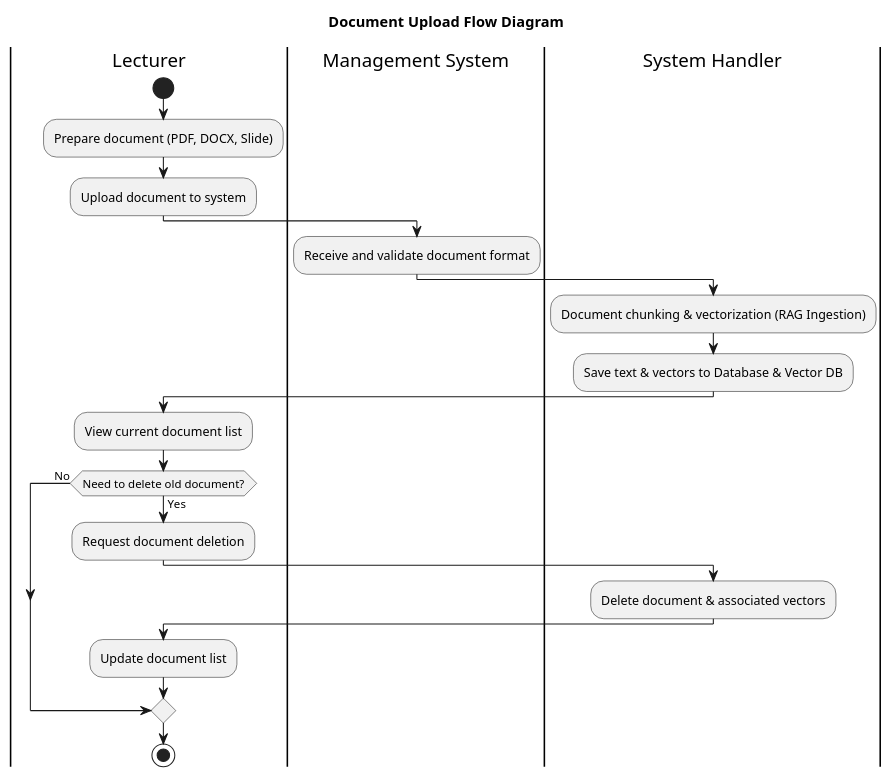
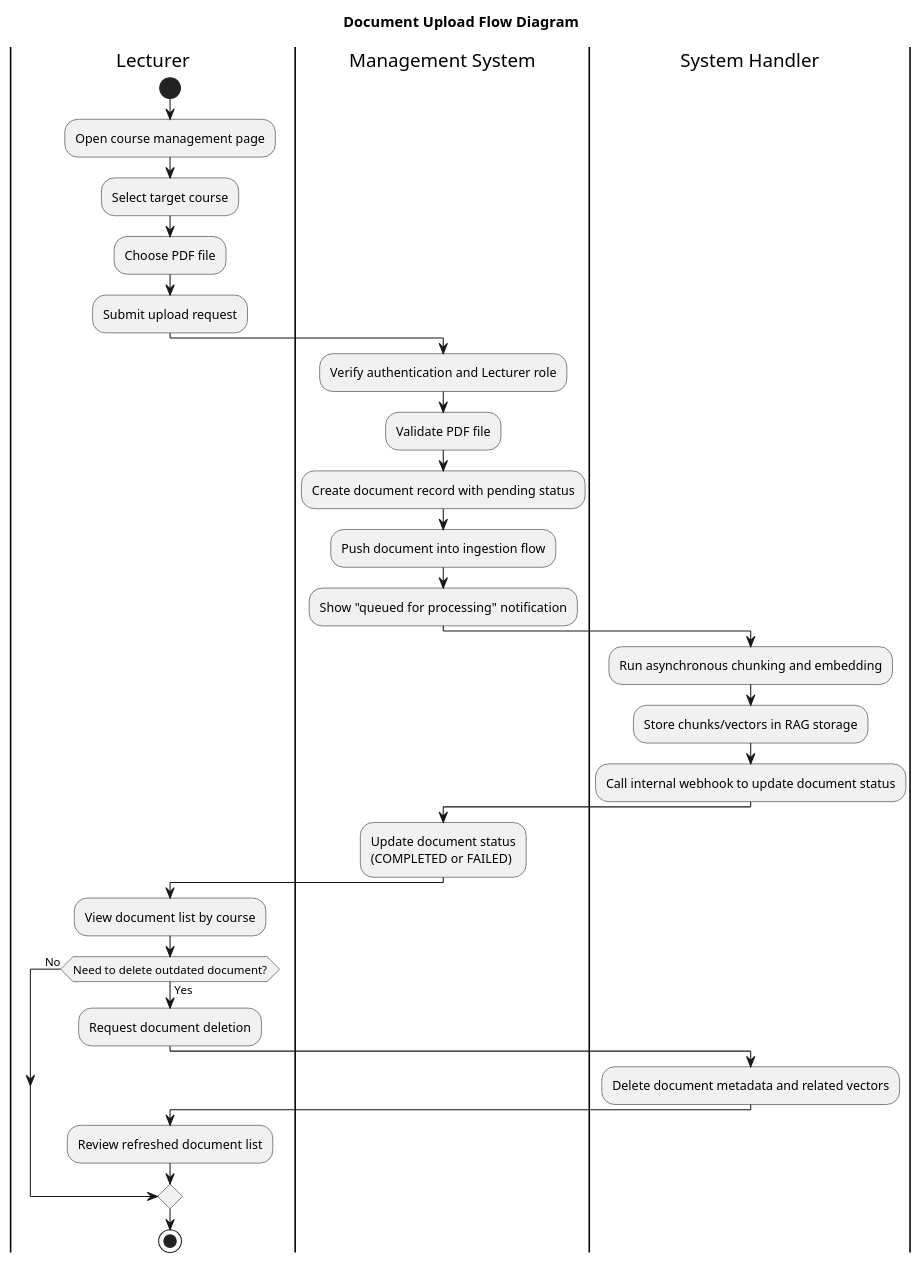
One commit to lgdlong/chatbot-rag-fptu changed the diagram in docs/srs/flow-document-upload.en.puml. Above: the diagram before and after it, drawn with PlantUML. The commit also changed 19 other files, not shown here.

```diff
--- a/docs/srs/flow-document-upload.en.puml
+++ b/docs/srs/flow-document-upload.en.puml
@@ -1,28 +1,38 @@
 @startuml
 title Document Upload Flow Diagram
 
 |Lecturer|
 start
-:Prepare document (PDF, DOCX, Slide);
-:Upload document to system;
+:Open course management page;
+:Select target course;
+:Choose PDF file;
+:Submit upload request;
 
 |Management System|
-:Receive and validate document format;
+:Verify authentication and Lecturer role;
+:Validate PDF file;
+:Create document record with pending status;
+:Push document into ingestion flow;
+:Show "queued for processing" notification;
 
 |System Handler|
-:Document chunking & vectorization (RAG Ingestion);
-:Save text & vectors to Database & Vector DB;
+:Run asynchronous chunking and embedding;
+:Store chunks/vectors in RAG storage;
+:Call internal webhook to update document status;
+
+|Management System|
+:Update document status\n(COMPLETED or FAILED);
 
 |Lecturer|
-:View current document list;
-if (Need to delete old document?) then (Yes)
+:View document list by course;
+if (Need to delete outdated document?) then (Yes)
   :Request document deletion;
   |System Handler|
-  :Delete document & associated vectors;
+  :Delete document metadata and related vectors;
   |Lecturer|
-  :Update document list;
+  :Review refreshed document list;
 else (No)
 endif
 
 stop
 @enduml
```
